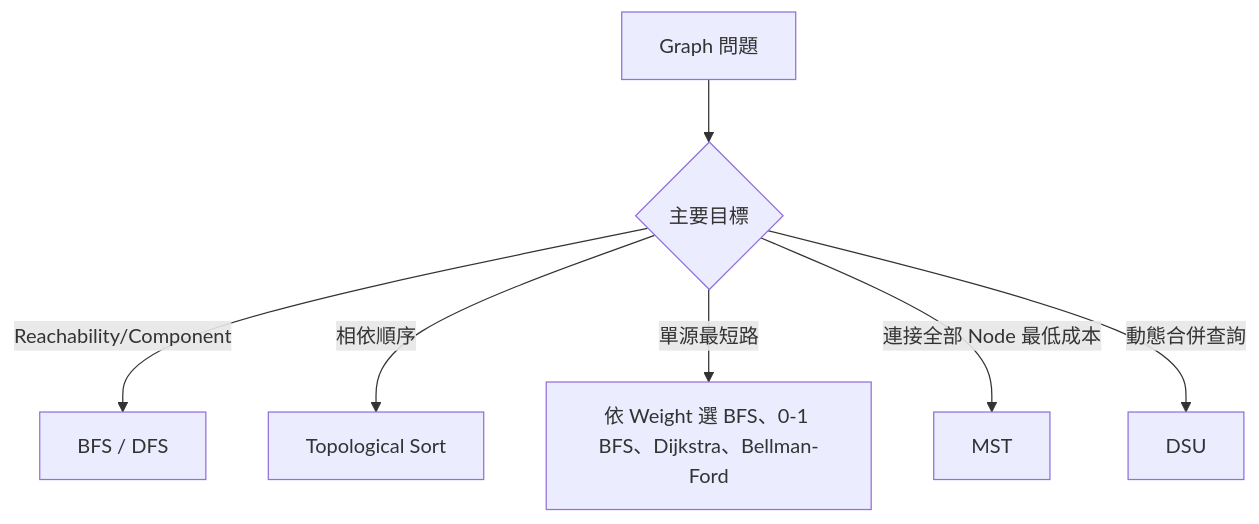
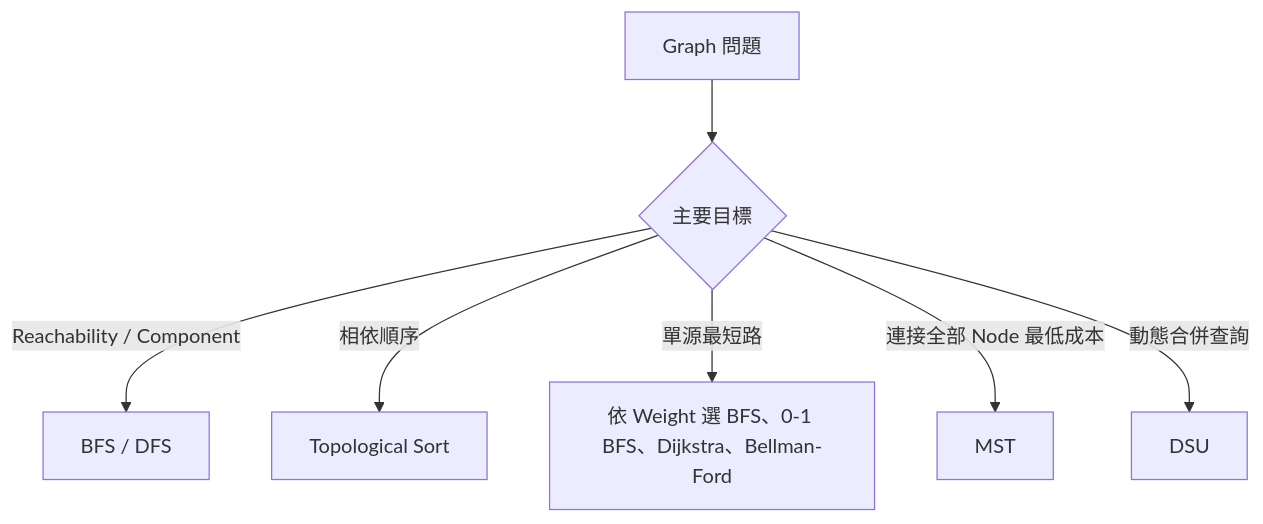
One commit to davidchen0970/algorithm_note changed the fourth of 8 diagrams in 12_problem_solving/53_algorithm_decision_tree.md. Above: the diagram before and after it, drawn with Mermaid. The commit also changed other lines of this file and 7 other files, not shown here.

````diff
--- a/12_problem_solving/53_algorithm_decision_tree.md
+++ b/12_problem_solving/53_algorithm_decision_tree.md
@@ -62,9 +270,9 @@
 ```mermaid
 flowchart TD
-    A[Graph 問題] --> B{主要目標}
-    B -->|Reachability/Component| C[BFS / DFS]
-    B -->|相依順序| D[Topological Sort]
-    B -->|單源最短路| E[依 Weight 選 BFS、0-1 BFS、Dijkstra、Bellman-Ford]
-    B -->|連接全部 Node 最低成本| F[MST]
-    B -->|動態合併查詢| G[DSU]
+    A["Graph 問題"] --> B{"主要目標"}
+    B -->|Reachability / Component| C["BFS / DFS"]
+    B -->|相依順序| D["Topological Sort"]
+    B -->|單源最短路| E["依 Weight 選 BFS、0-1 BFS、Dijkstra、Bellman-Ford"]
+    B -->|連接全部 Node 最低成本| F["MST"]
+    B -->|動態合併查詢| G["DSU"]
 ```
````
